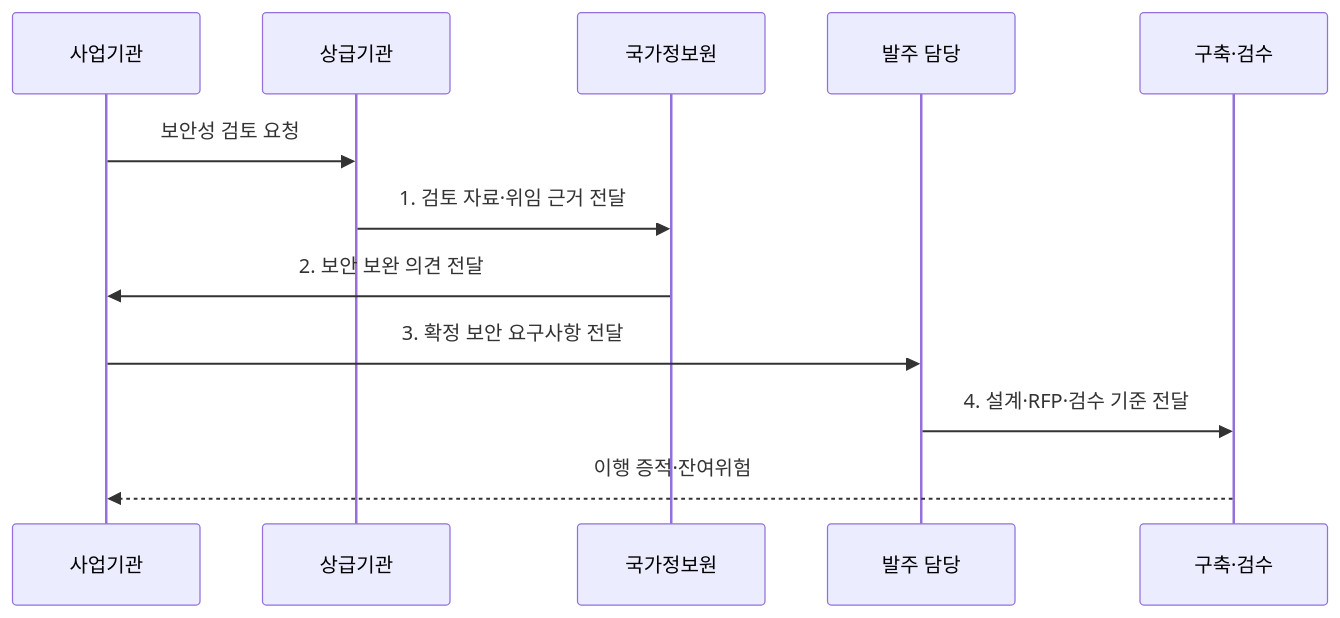
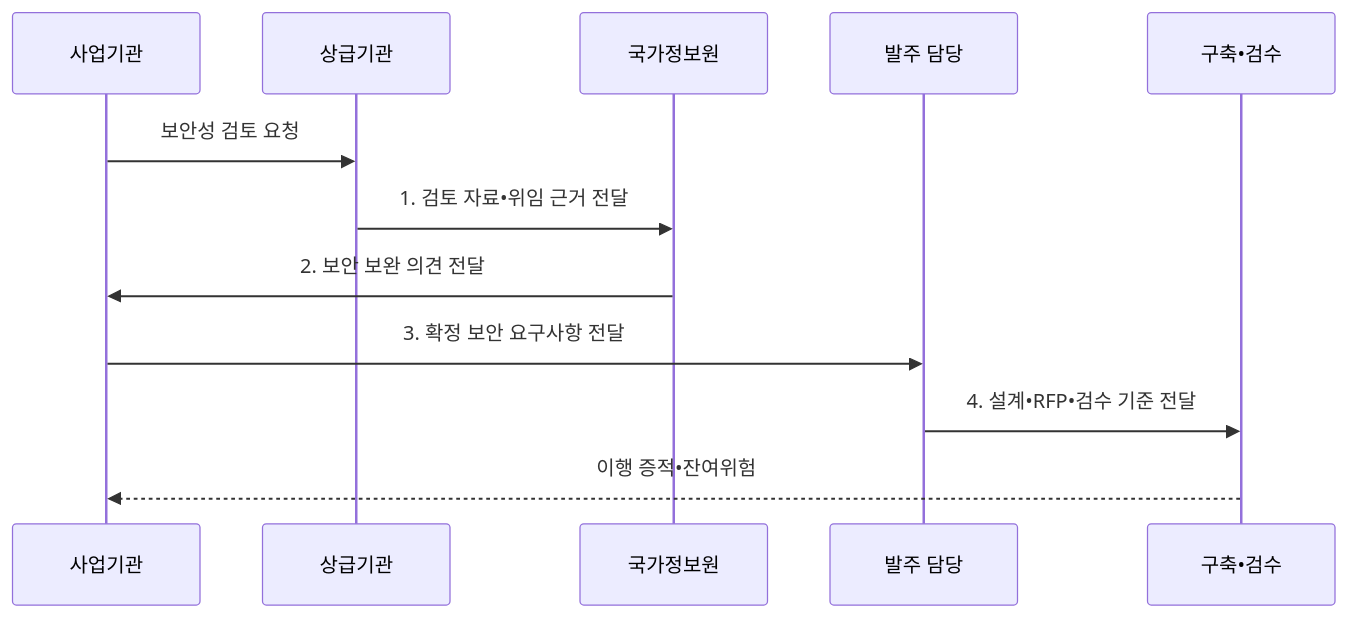
Before and after one commit to agnusdei1207/knowledge-base: the second of 2 diagrams in src/content/docs/notes/05-security/117_nis_security_review.md, drawn with Mermaid. The commit also changed other lines of this file and 953 other files, not shown here.

````diff
--- a/src/content/docs/notes/05-security/117_nis_security_review.md
+++ b/src/content/docs/notes/05-security/117_nis_security_review.md
@@ -99,14 +99,14 @@
 ```mermaid
 sequenceDiagram
   participant A as 사업기관
   participant S as 상급기관
   participant N as 국가정보원
   participant R as 발주 담당
-  participant I as 구축·검수
+  participant I as 구축•검수
   A->>S: 보안성 검토 요청
-  S->>N: 1. 검토 자료·위임 근거 전달
+  S->>N: 1. 검토 자료•위임 근거 전달
   N->>A: 2. 보안 보완 의견 전달
   A->>R: 3. 확정 보안 요구사항 전달
-  R->>I: 4. 설계·RFP·검수 기준 전달
-  I-->>A: 이행 증적·잔여위험
+  R->>I: 4. 설계•RFP•검수 기준 전달
+  I-->>A: 이행 증적•잔여위험
 ```
````
